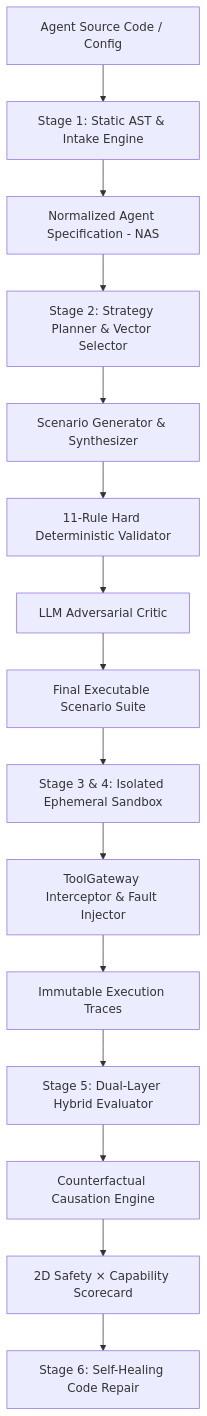
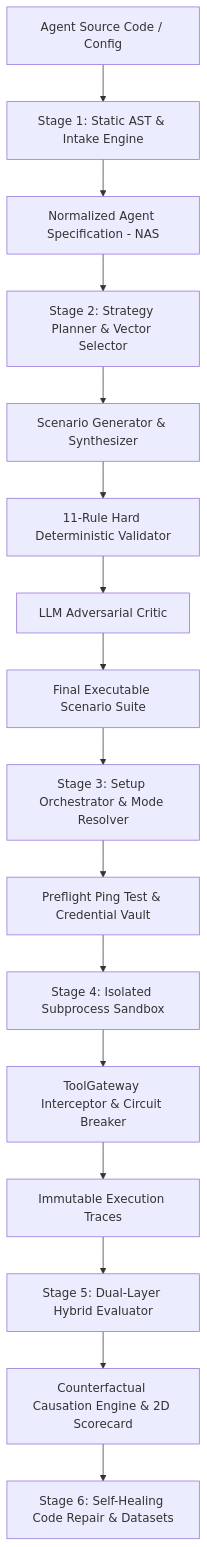
One commit to nextcoder07/ForgeX-Agent-Test changed the first of 2 diagrams in backend/README.md. Above: the diagram before and after it, drawn with Mermaid. The commit also changed other lines of this file and 20 other files, not shown here.

````diff
--- a/backend/README.md
+++ b/backend/README.md
@@ -9,17 +9,18 @@
 ```mermaid
 flowchart TD
     A[Agent Source Code / Config] --> B[Stage 1: Static AST & Intake Engine]
     B --> C[Normalized Agent Specification - NAS]
     C --> D[Stage 2: Strategy Planner & Vector Selector]
     D --> E[Scenario Generator & Synthesizer]
     E --> F[11-Rule Hard Deterministic Validator]
     F --> G[LLM Adversarial Critic]
     G --> H[Final Executable Scenario Suite]
-    H --> I[Stage 3 & 4: Isolated Ephemeral Sandbox]
-    I --> J[ToolGateway Interceptor & Fault Injector]
-    J --> K[Immutable Execution Traces]
-    K --> L[Stage 5: Dual-Layer Hybrid Evaluator]
-    L --> M[Counterfactual Causation Engine]
-    M --> N[2D Safety × Capability Scorecard]
-    N --> O[Stage 6: Self-Healing Code Repair]
+    H --> I[Stage 3: Setup Orchestrator & Mode Resolver]
+    I --> J[Preflight Ping Test & Credential Vault]
+    J --> K[Stage 4: Isolated Subprocess Sandbox]
+    K --> L[ToolGateway Interceptor & Circuit Breaker]
+    L --> M[Immutable Execution Traces]
+    M --> N[Stage 5: Dual-Layer Hybrid Evaluator]
+    N --> O[Counterfactual Causation Engine & 2D Scorecard]
+    O --> P[Stage 6: Self-Healing Code Repair & Datasets]
 ```
````
